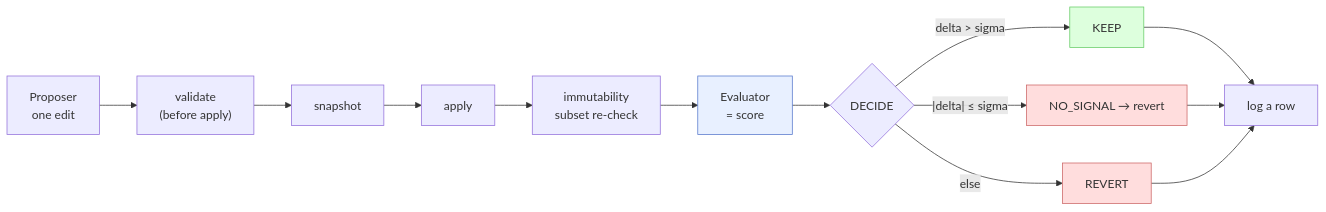
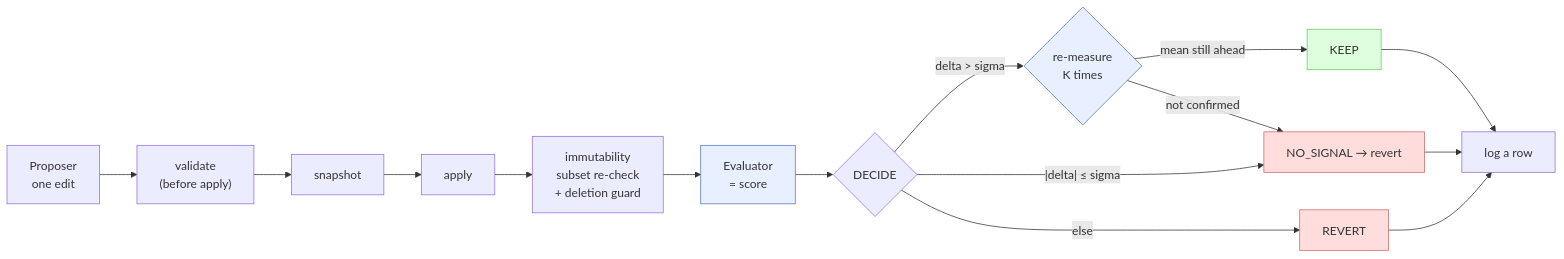
One commit to MatrixFounder/Universal-skills changed diagram 11 of 12 in docs/Manuals/skill-auto-improve_manual.md. Above: the diagram before and after it, drawn with Mermaid. The commit also changed other lines of this file and 33 other files, not shown here.

````diff
--- a/docs/Manuals/skill-auto-improve_manual.md
+++ b/docs/Manuals/skill-auto-improve_manual.md
@@ -1267,21 +1539,23 @@
 ```mermaid
 flowchart LR
     P["Proposer<br/>one edit"] --> VB["validate<br/>(before apply)"]
     VB --> SN["snapshot"]
     SN --> AP["apply"]
-    AP --> IM["immutability<br/>subset re-check"]
+    AP --> IM["immutability<br/>subset re-check<br/>+ deletion guard"]
     IM --> EV["Evaluator<br/>= score"]
     EV --> DE{"DECIDE"}
-    DE -->|"delta &gt; sigma"| K["KEEP"]
+    DE -->|"delta &gt; sigma"| RM{"re-measure<br/>K times"}
+    RM -->|"mean still ahead"| K["KEEP"]
+    RM -->|"not confirmed"| N
     DE -->|"|delta| ≤ sigma"| N["NO_SIGNAL → revert"]
     DE -->|"else"| R["REVERT"]
     K --> LOG["log a row"]
     N --> LOG
     R --> LOG
     classDef harness fill:#e8f0ff,stroke:#5577cc;
     classDef good fill:#dfd,stroke:#6c6;
     classDef bad fill:#fdd,stroke:#c66;
-    class EV harness;
+    class EV,RM harness;
     class K good;
     class N,R bad;
 ```
````
